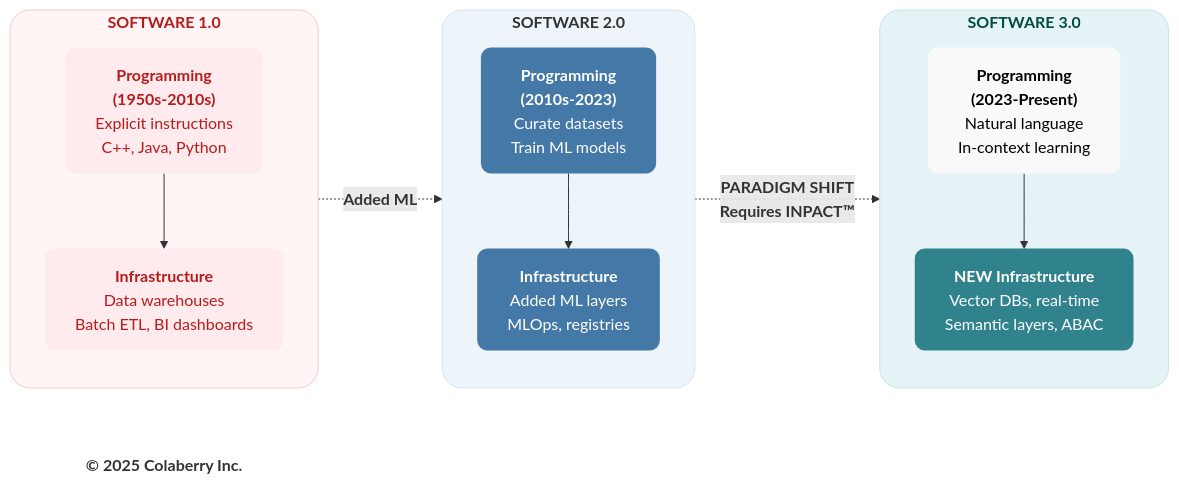
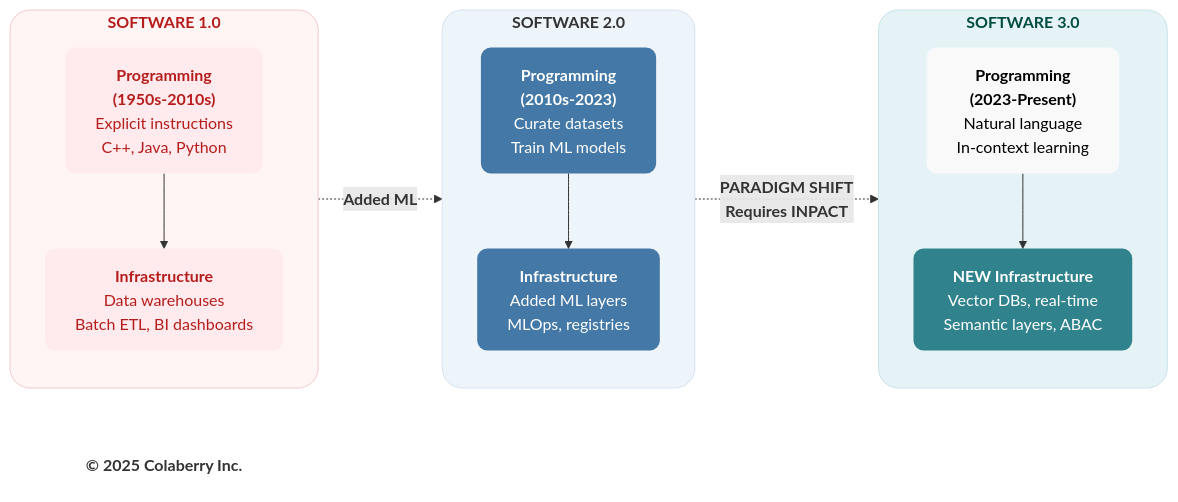
Before and after one commit to saitejesh-cyber/trust-before-intelligence-book: the diagram in mermaid-source/figure-3-1.mmd, drawn with Mermaid. The commit also changed 62 other files, not shown here.

```diff
--- a/mermaid-source/figure-3-1.mmd
+++ b/mermaid-source/figure-3-1.mmd
@@ -1,44 +1,44 @@
 graph LR
     subgraph era1["<b>SOFTWARE 1.0</b>"]
         direction TB
         P1["<b>Programming</b><br/><b>(1950s-2010s)</b><br/>Explicit instructions<br/>C++, Java, Python"]
         I1["<b>Infrastructure</b><br/>Data warehouses<br/>Batch ETL, BI dashboards"]
         P1 --> I1
     end
     
     subgraph era2["<b>SOFTWARE 2.0</b>"]
         direction TB
         P2["<b>Programming</b><br/><b>(2010s-2023)</b><br/>Curate datasets<br/>Train ML models"]
         I2["<b>Infrastructure</b><br/>Added ML layers<br/>MLOps, registries"]
         P2 --> I2
     end
     
     subgraph era3["<b>SOFTWARE 3.0</b>"]
         direction TB
         P3["<b>Programming</b><br/><b>(2023-Present)</b><br/>Natural language<br/>In-context learning"]
         I3["<b>NEW Infrastructure</b><br/>Vector DBs, real-time<br/>Semantic layers, ABAC"]
         P3 --> I3
     end
     
     era1 -.->|<b>Added ML</b>| era2
-    era2 -.->|<b>PARADIGM SHIFT<br/>Requires INPACT™</b>| era3
+    era2 -.->|<b>PARADIGM SHIFT<br/>Requires INPACT</b>| era3
     
     Copyright["<b>© 2025 Colaberry Inc.</b>"]
 
     %% 🔴 SOFTWARE 1.0 — FAILURE / BI-ERA
     style era1 fill:#fff5f5,stroke:#f2caca,stroke-width:1px,color:#b71c1c,rx:20,ry:20
     style P1 fill:#ffebee,stroke:none,color:#b71c1c,rx:10,ry:10
     style I1 fill:#ffebee,stroke:none,color:#b71c1c,rx:10,ry:10
 
     %% 🟠 SOFTWARE 2.0 — INTERMEDIATE / PRESSURE
     style era2 fill:#edf4fa,stroke:#d6e4f2,stroke-width:1px,color:#333333,rx:20,ry:20
     style P2 fill:#4478A6,stroke:none,color:#ffffff,rx:10,ry:10
     style I2 fill:#4478A6,stroke:none,color:#ffffff,rx:10,ry:10
 
-    %% 🟢 SOFTWARE 3.0 — TRUSTED / INPACT™-FULFILLED
+    %% 🟢 SOFTWARE 3.0 — TRUSTED / INPACT-FULFILLED
     style era3 fill:#e6f3f6,stroke:#c7e3ea,stroke-width:1px,color:#004d40,rx:20,ry:20
     style P3 fill:#f9f9f9,stroke:none,color:#000000,rx:10,ry:10
     style I3 fill:#30838C,stroke:none,color:#ffffff,rx:10,ry:10
 
     %% FOOTER
     style Copyright fill:none,stroke:none,color:#333333
```
